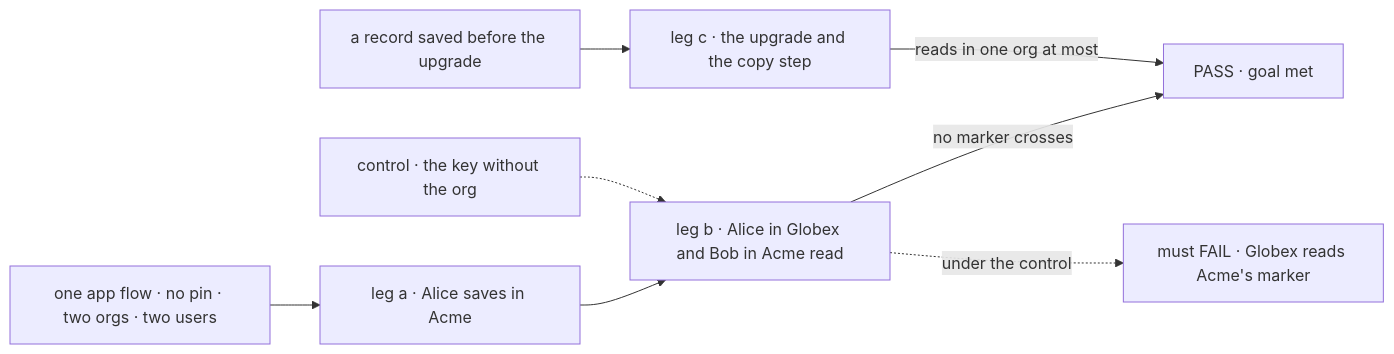
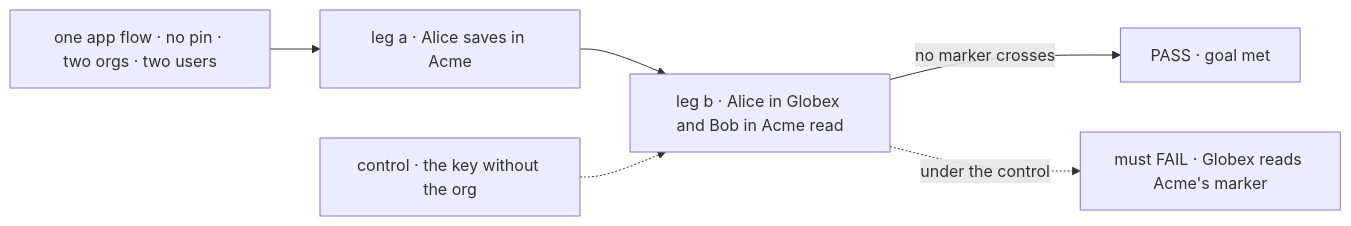
Before and after one commit to fixpoint-labs/flow-state-dev: the first of 2 diagrams in specs/issues/FIX-1790/SPEC.md, drawn with Mermaid. The commit also changed other lines of this file and 37 other files, not shown here.

````diff
--- a/specs/issues/FIX-1790/SPEC.md
+++ b/specs/issues/FIX-1790/SPEC.md
@@ -31,10 +30,8 @@
 ```mermaid
 flowchart LR
   A["one app flow · no pin · two orgs · two users"] --> L1["leg a · Alice saves in Acme"]
   L1 --> L2["leg b · Alice in Globex and Bob in Acme read"]
-  P0["a record saved before the upgrade"] --> L3["leg c · the upgrade and the copy step"]
   L2 -->|"no marker crosses"| P["PASS · goal met"]
-  L3 -->|"reads in one org at most"| P
   C1["control · the key without the org"] -.-> L2
   L2 -.->|"under the control"| F["must FAIL · Globex reads Acme's marker"]
 ```
````
